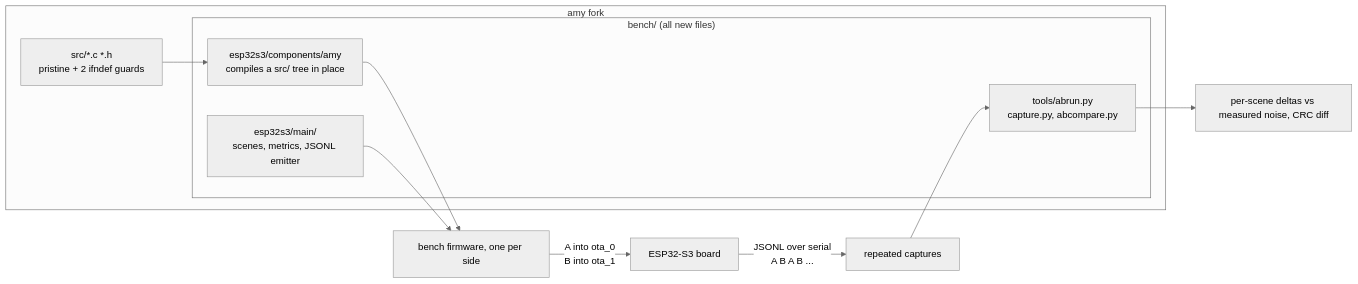
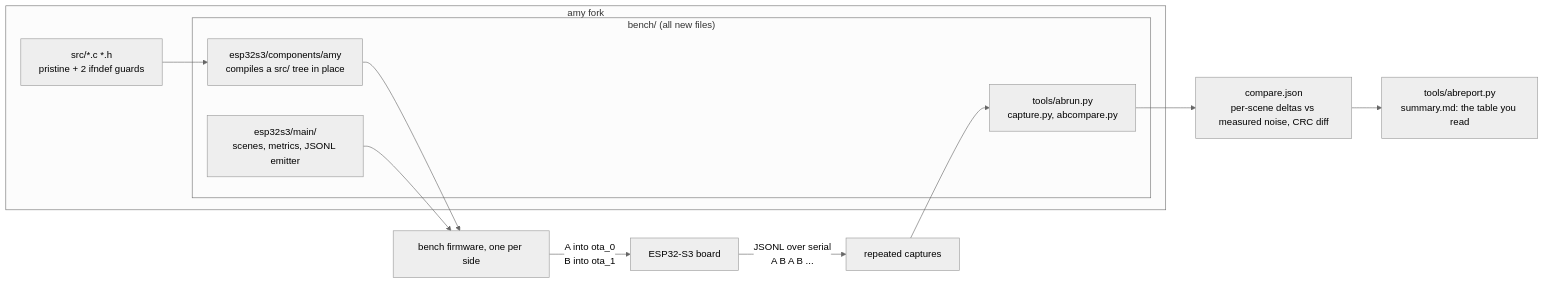
One commit to rt-rtos/amy-bench changed the diagram in README.md. Above: the diagram before and after it, drawn with Mermaid (neutral theme). The commit also changed other lines of this file and 2 other files, not shown here.

First line of the commit message:
bench: fold compare.json into a readable summary table

````diff
--- a/README.md
+++ b/README.md
@@ -13,18 +13,19 @@
 ```mermaid
 flowchart LR
     subgraph fork["amy fork"]
         src["src/*.c *.h<br/>pristine + 2 ifndef guards"]
         subgraph bench["bench/ (all new files)"]
             comp["esp32s3/components/amy<br/>compiles a src/ tree in place"]
             mainc["esp32s3/main/<br/>scenes, metrics, JSONL emitter"]
             tools["tools/abrun.py<br/>capture.py, abcompare.py"]
         end
     end
     src --> comp
     comp --> fw["bench firmware, one per side"]
     mainc --> fw
     fw -->|"A into ota_0<br/>B into ota_1"| s3["ESP32-S3 board"]
     s3 -->|"JSONL over serial<br/>A B A B ..."| logs["repeated captures"]
     logs --> tools
-    tools --> report["per-scene deltas vs measured noise, CRC diff"]
+    tools --> report["compare.json<br/>per-scene deltas vs measured noise, CRC diff"]
+    report --> md["tools/abreport.py<br/>summary.md: the table you read"]
 ```
````
